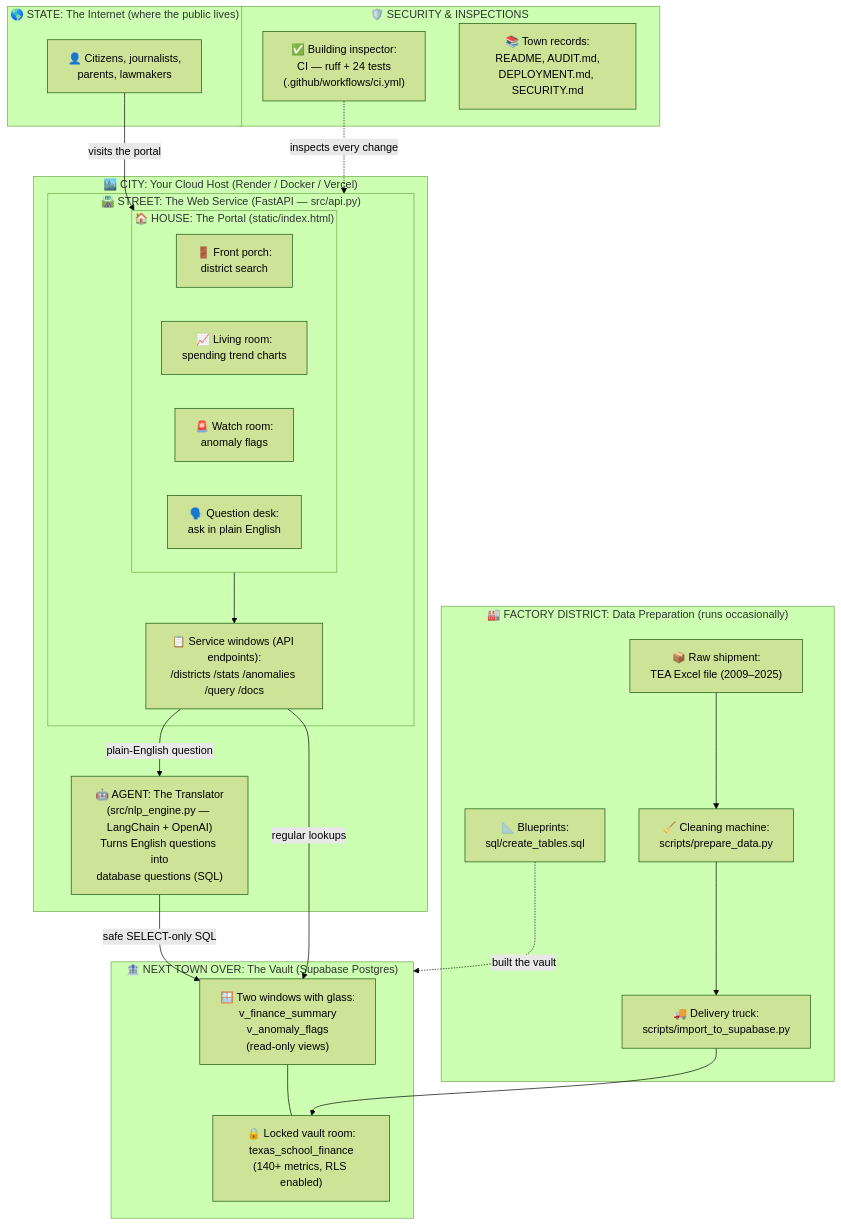
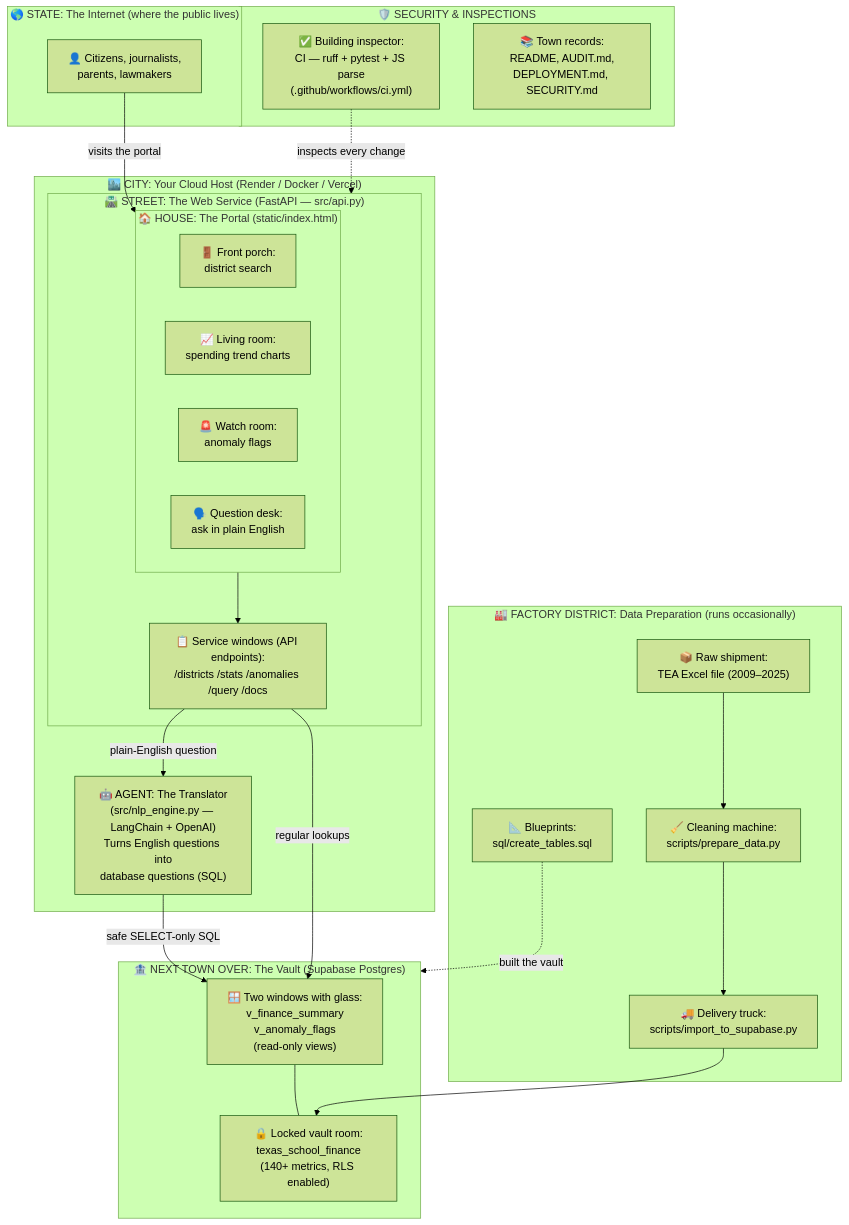
Before and after one commit to GusAI40/texas-isd-finances: the diagram in PROJECT_MAP.md, drawn with Mermaid (forest theme). The commit also changed 4 other files, not shown here.

````diff
--- a/PROJECT_MAP.md
+++ b/PROJECT_MAP.md
@@ -16,46 +16,46 @@
 ```mermaid
 graph TB
     subgraph STATE["🌎 STATE: The Internet (where the public lives)"]
         CITIZEN["👤 Citizens, journalists,<br/>parents, lawmakers"]
     end
 
     subgraph CITY["🏙️ CITY: Your Cloud Host (Render / Docker / Vercel)"]
         subgraph STREET["🛣️ STREET: The Web Service (FastAPI — src/api.py)"]
             subgraph HOUSE["🏠 HOUSE: The Portal (static/index.html)"]
                 R1["🚪 Front porch:<br/>district search"]
                 R2["📈 Living room:<br/>spending trend charts"]
                 R3["🚨 Watch room:<br/>anomaly flags"]
                 R4["🗣️ Question desk:<br/>ask in plain English"]
             end
             API["📋 Service windows (API endpoints):<br/>/districts /stats /anomalies /query /docs"]
         end
         AGENT["🤖 AGENT: The Translator<br/>(src/nlp_engine.py — LangChain + OpenAI)<br/>Turns English questions into<br/>database questions (SQL)"]
     end
 
     subgraph VAULT["🏦 NEXT TOWN OVER: The Vault (Supabase Postgres)"]
         VIEWS["🪟 Two windows with glass:<br/>v_finance_summary<br/>v_anomaly_flags<br/>(read-only views)"]
         TABLE["🔒 Locked vault room:<br/>texas_school_finance<br/>(140+ metrics, RLS enabled)"]
     end
 
     subgraph FACTORY["🏭 FACTORY DISTRICT: Data Preparation (runs occasionally)"]
         TEA["📦 Raw shipment:<br/>TEA Excel file (2009–2025)"]
         PREP["🧹 Cleaning machine:<br/>scripts/prepare_data.py"]
         LOAD["🚚 Delivery truck:<br/>scripts/import_to_supabase.py"]
         SQLF["📐 Blueprints:<br/>sql/create_tables.sql"]
     end
 
     subgraph GUARDS["🛡️ SECURITY & INSPECTIONS"]
-        CI["✅ Building inspector:<br/>CI — ruff + 24 tests<br/>(.github/workflows/ci.yml)"]
+        CI["✅ Building inspector:<br/>CI — ruff + pytest + JS parse<br/>(.github/workflows/ci.yml)"]
         DOCS["📚 Town records:<br/>README, AUDIT.md,<br/>DEPLOYMENT.md, SECURITY.md"]
     end
 
     CITIZEN -->|"visits the portal"| HOUSE
     HOUSE --> API
     API -->|"plain-English question"| AGENT
     AGENT -->|"safe SELECT-only SQL"| VIEWS
     API -->|"regular lookups"| VIEWS
     VIEWS --- TABLE
     TEA --> PREP --> LOAD --> TABLE
     SQLF -.->|"built the vault"| VAULT
     CI -.->|"inspects every change"| STREET
 ```
````
